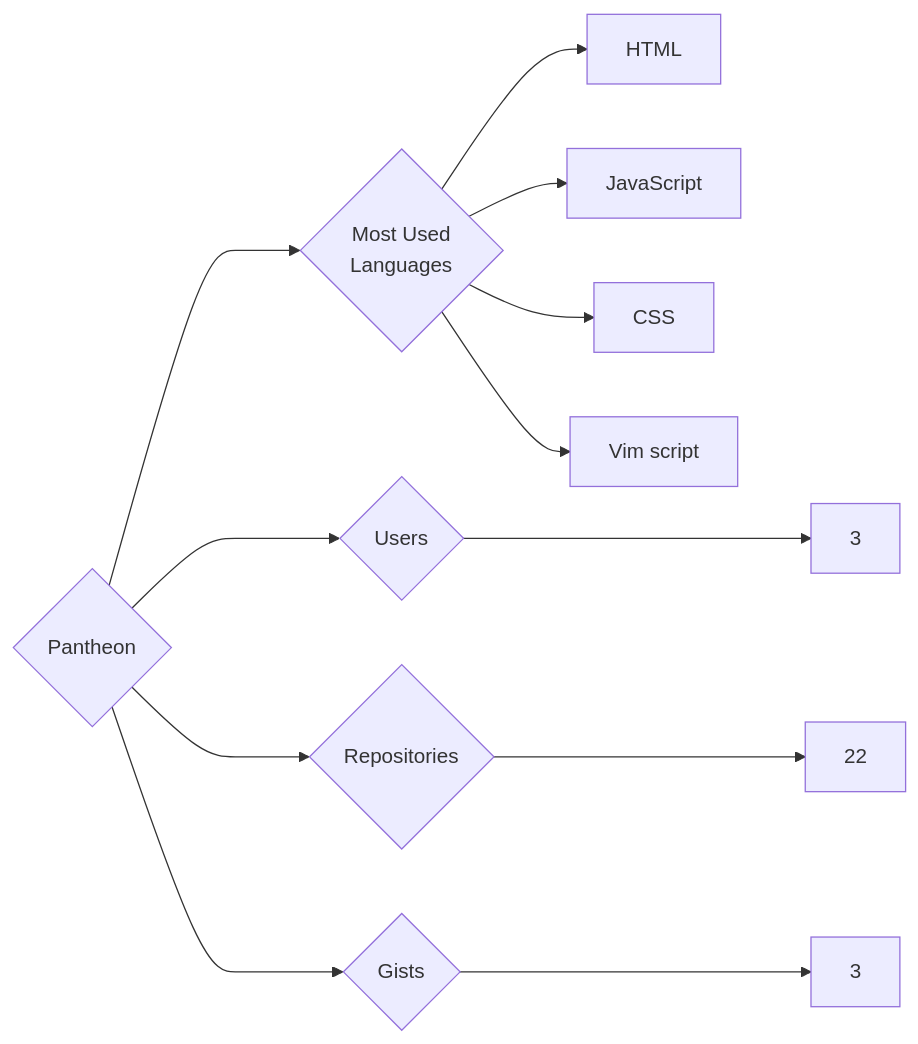
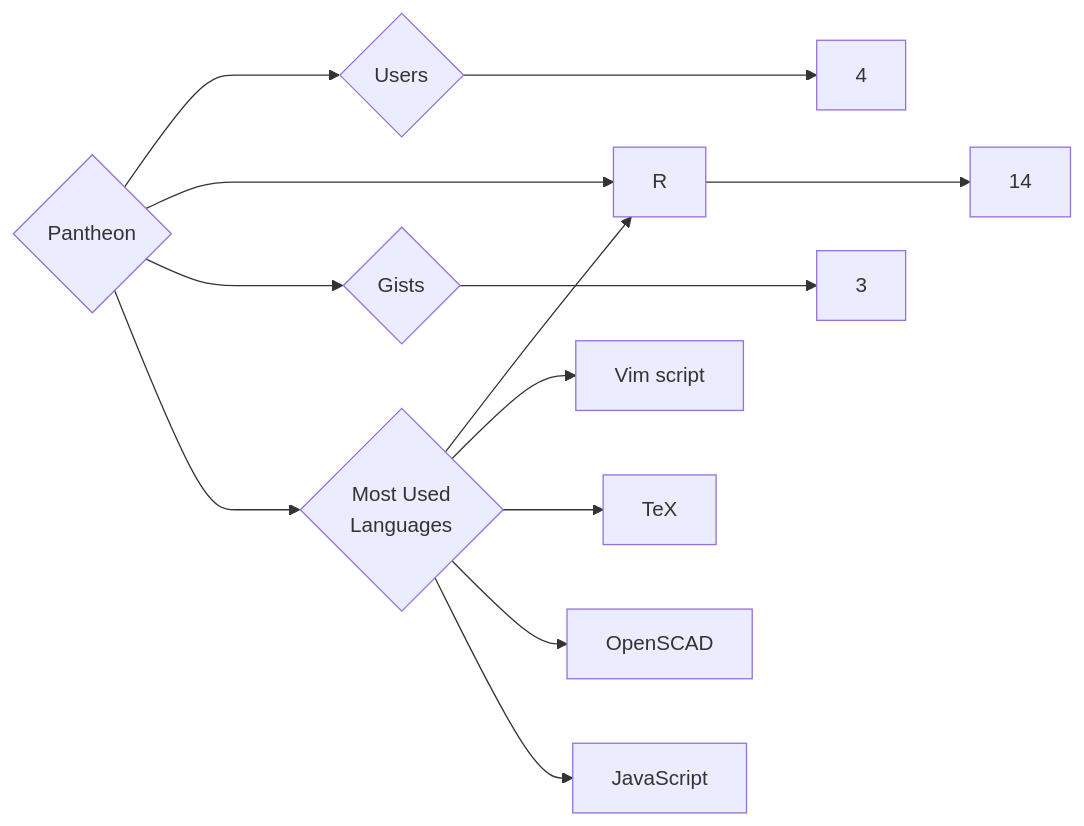
The diagram in targets/Pantheon/README.md (trickest/insiders), drawn with Mermaid before and after one commit. The commit also changed 878 other files, not shown here.

````diff
--- a/targets/Pantheon/README.md
+++ b/targets/Pantheon/README.md
@@ -3,12 +3,13 @@
 ```mermaid
 graph LR
 COMPANY_NAME{Pantheon}
-COMPANY_NAME ---> U{Users} ---> UN[3]
-COMPANY_NAME ---> R{Repositories} ---> RN[22]
+COMPANY_NAME ---> U{Users} ---> UN[4]
+COMPANY_NAME ---> R{Repositories} ---> RN[14]
 COMPANY_NAME ---> G{Gists} ---> GN[3]
 COMPANY_NAME ---> ML{Most Used<br>Languages}
-ML --> HTML[HTML]
+ML --> R[R]
+ML --> Vim_script[Vim script]
+ML --> TeX[TeX]
+ML --> OpenSCAD[OpenSCAD]
 ML --> JavaScript[JavaScript]
-ML --> CSS[CSS]
-ML --> Vim_script[Vim script]
 ```
````
